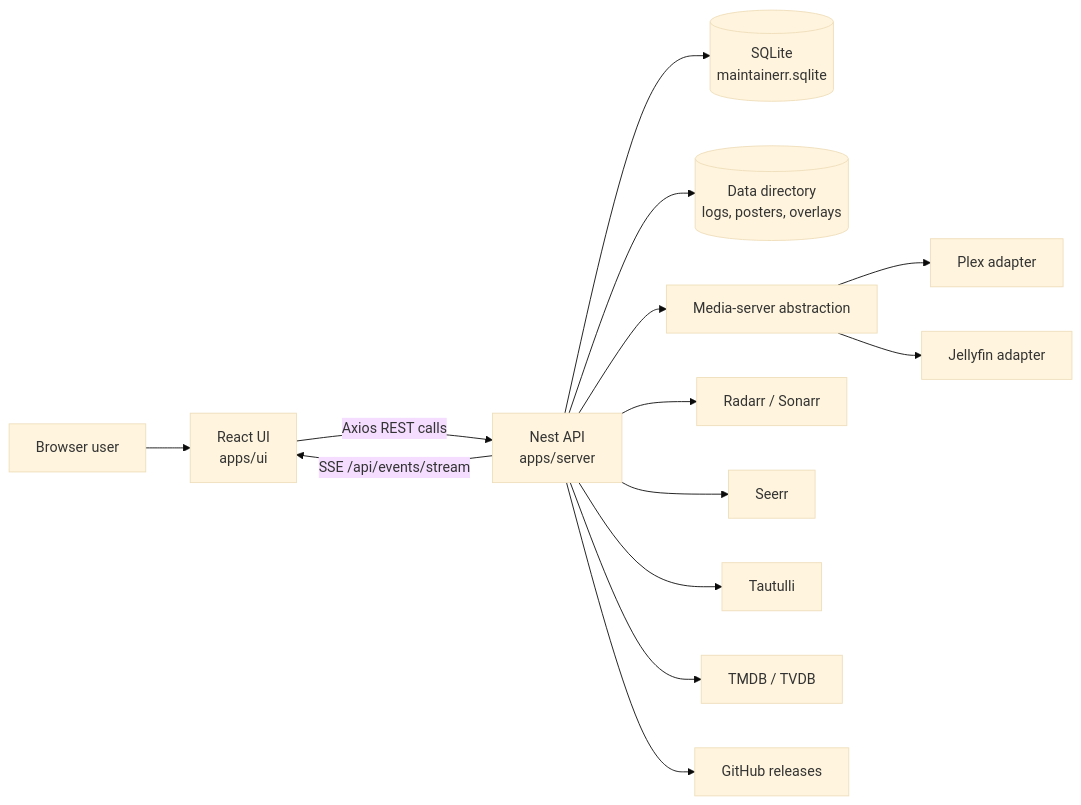
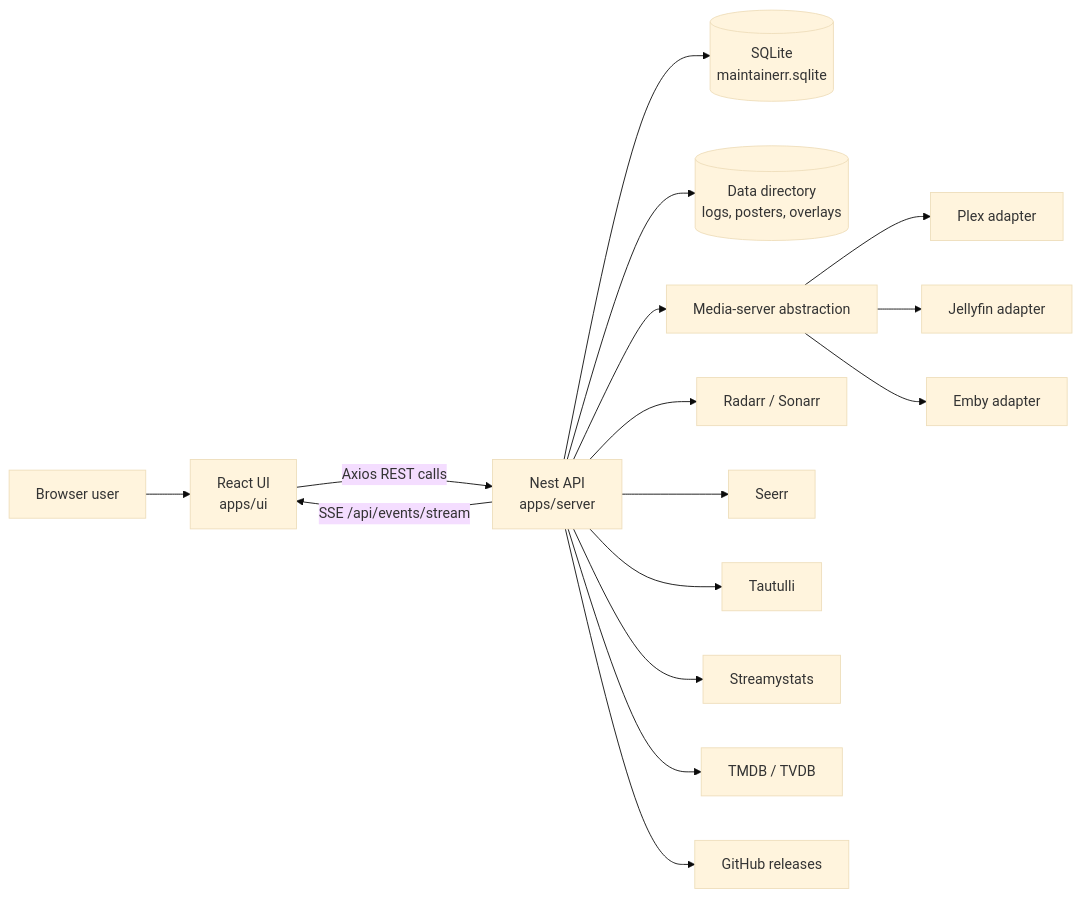
Before and after one commit to Maintainerr/Maintainerr: the diagram in ARCHITECTURE.md, drawn with Mermaid (base theme). The commit also changed other lines of this file and 110 other files, not shown here.

````diff
--- a/ARCHITECTURE.md
+++ b/ARCHITECTURE.md
@@ -36,16 +36,18 @@
 ```mermaid
 flowchart LR
   User["Browser user"] --> UI["React UI<br/>apps/ui"]
   UI -->|"Axios REST calls"| API["Nest API<br/>apps/server"]
   API -->|"SSE /api/events/stream"| UI
   API --> DB[("SQLite<br/>maintainerr.sqlite")]
   API --> Data[("Data directory<br/>logs, posters, overlays")]
   API --> Media["Media-server abstraction"]
   Media --> Plex["Plex adapter"]
   Media --> Jellyfin["Jellyfin adapter"]
+  Media --> Emby["Emby adapter"]
   API --> Servarr["Radarr / Sonarr"]
   API --> Seerr["Seerr"]
   API --> Tautulli["Tautulli"]
+  API --> Streamystats["Streamystats"]
   API --> Metadata["TMDB / TVDB"]
   API --> GitHub["GitHub releases"]
 ```
````
